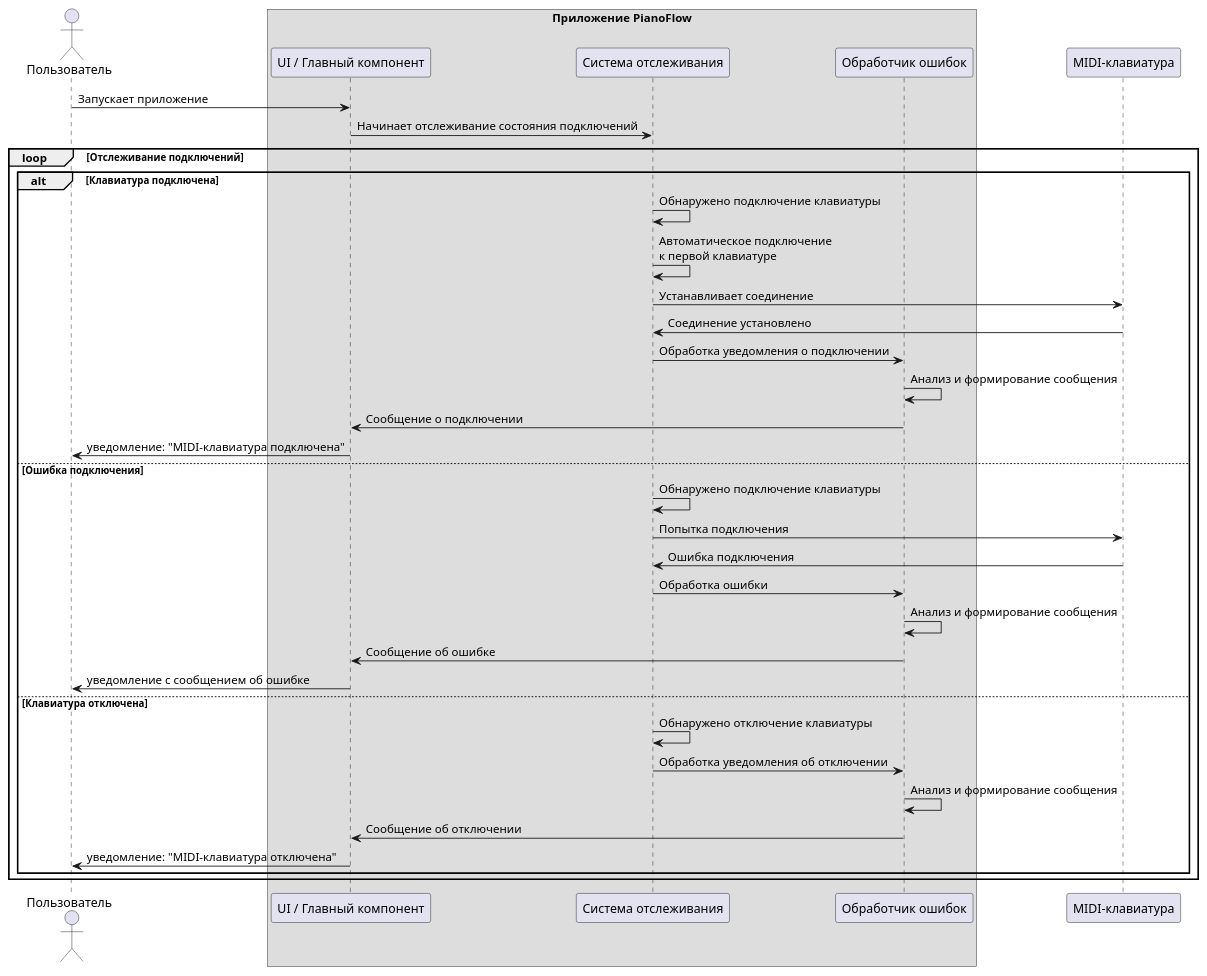
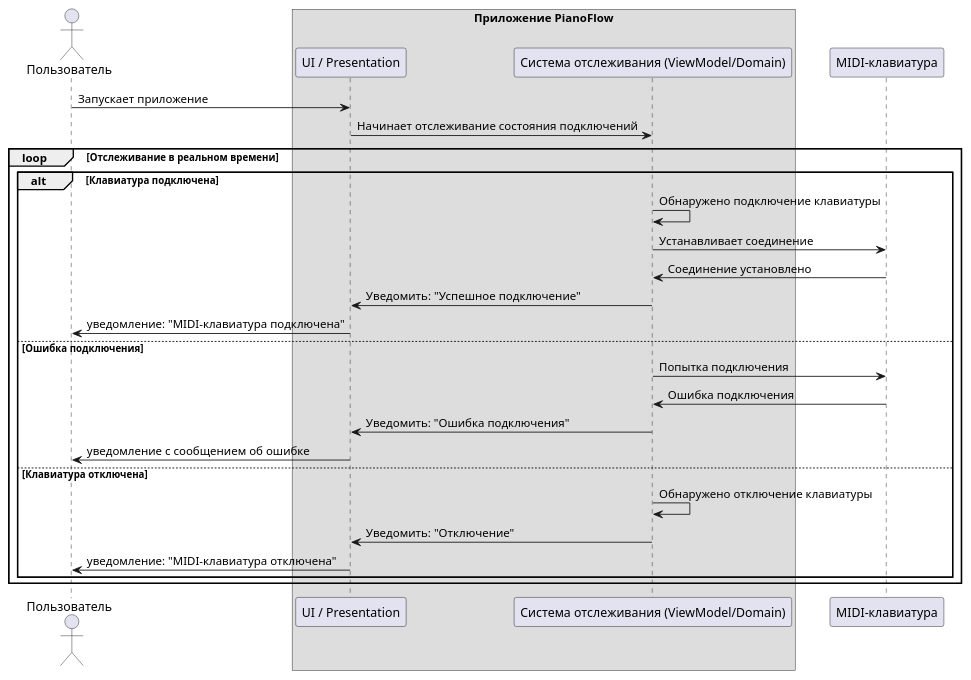
The second of 2 diagrams in docs/uc/MIDI_KEYBOARD_CONNECTION_STATE.md (astrizhachuk/PianoFlow), drawn with PlantUML before and after one commit. The commit also changed other lines of this file and 7 other files, not shown here.

Commit message:
refactor: Реализация уведомлений о состоянии подключения MIDI-клавиатуры

````diff
--- a/docs/uc/MIDI_KEYBOARD_CONNECTION_STATE.md
+++ b/docs/uc/MIDI_KEYBOARD_CONNECTION_STATE.md
@@ -151,42 +145,32 @@
 ```plantuml
 @startuml
 actor Пользователь as User
 box "Приложение PianoFlow"
-  participant "UI / Главный компонент" as UI
-  participant "Система отслеживания" as Tracker
-  participant "Обработчик ошибок" as ErrorHandler
+  participant "UI / Presentation" as UI
+  participant "Система отслеживания (ViewModel/Domain)" as Tracker
 end box
 participant "MIDI-клавиатура" as Keyboard
 
 User -> UI : Запускает приложение
 UI -> Tracker : Начинает отслеживание состояния подключений
 
-loop Отслеживание подключений
+loop Отслеживание в реальном времени
   alt Клавиатура подключена
     Tracker -> Tracker : Обнаружено подключение клавиатуры
-    Tracker -> Tracker : Автоматическое подключение\nк первой клавиатуре
     Tracker -> Keyboard : Устанавливает соединение
     Keyboard -> Tracker : Соединение установлено
-    Tracker -> ErrorHandler : Обработка уведомления о подключении
-    ErrorHandler -> ErrorHandler : Анализ и формирование сообщения
-    ErrorHandler -> UI : Сообщение о подключении
+    Tracker -> UI : Уведомить: "Успешное подключение"
     UI -> User : уведомление: "MIDI-клавиатура подключена"
   else Ошибка подключения
-    Tracker -> Tracker : Обнаружено подключение клавиатуры
     Tracker -> Keyboard : Попытка подключения
     Keyboard -> Tracker : Ошибка подключения
-    Tracker -> ErrorHandler : Обработка ошибки
-    ErrorHandler -> ErrorHandler : Анализ и формирование сообщения
-    ErrorHandler -> UI : Сообщение об ошибке
+    Tracker -> UI : Уведомить: "Ошибка подключения"
     UI -> User : уведомление с сообщением об ошибке
   else Клавиатура отключена
     Tracker -> Tracker : Обнаружено отключение клавиатуры
-    Tracker -> ErrorHandler : Обработка уведомления об отключении
-    ErrorHandler -> ErrorHandler : Анализ и формирование сообщения
-    ErrorHandler -> UI : Сообщение об отключении
+    Tracker -> UI : Уведомить: "Отключение"
     UI -> User : уведомление: "MIDI-клавиатура отключена"
   end
 end
-
 @enduml
 ```
````
